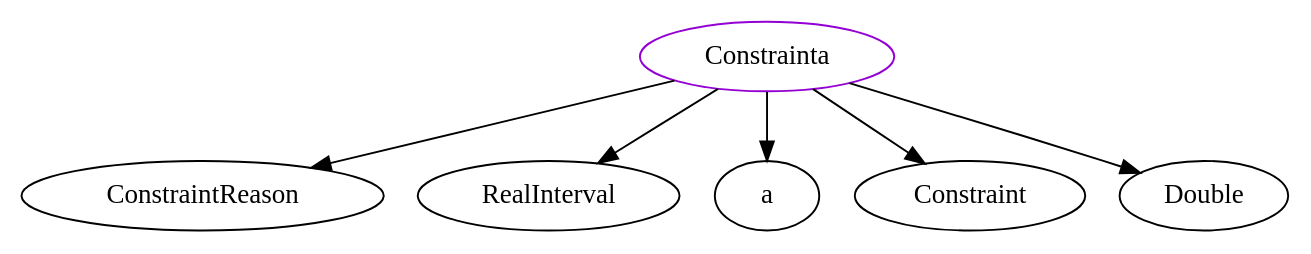
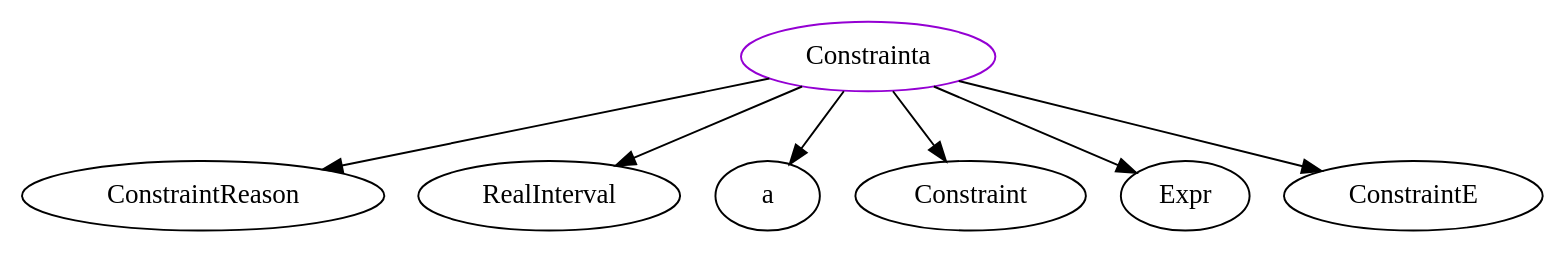
Before and after one commit to JacquesCarette/Drasil: the diagram in analysis/TypeDependencyGraphs/lang/Constrainta.dot, drawn with Graphviz. The commit also changed 445 other files, not shown here.

```diff
--- a/analysis/TypeDependencyGraphs/lang/Constrainta.dot
+++ b/analysis/TypeDependencyGraphs/lang/Constrainta.dot
@@ -1,8 +1,9 @@
 digraph constrainta{
 Constrainta -> ConstraintReason;
 Constrainta -> RealInterval;
 Constrainta -> a;
 Constrainta -> Constraint;
-Constrainta -> Double;
+Constrainta -> Expr;
+Constrainta -> ConstraintE;
 Constrainta	[shape=oval, color=darkviolet, label=Constrainta];
 }
```
